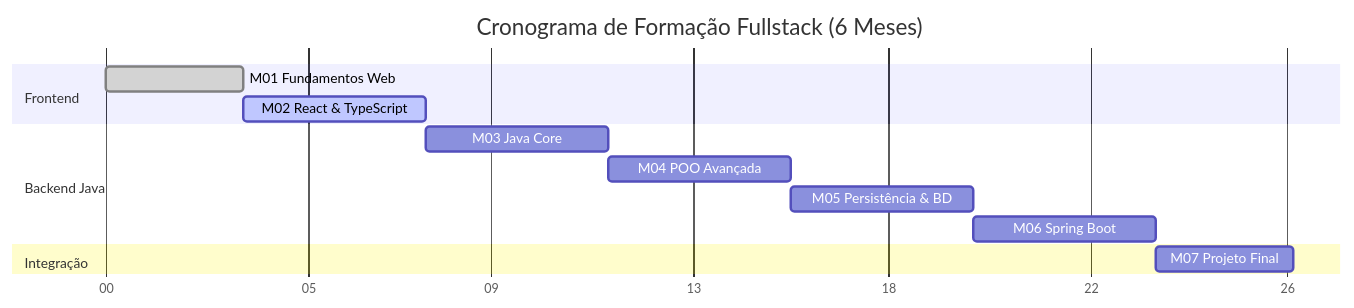
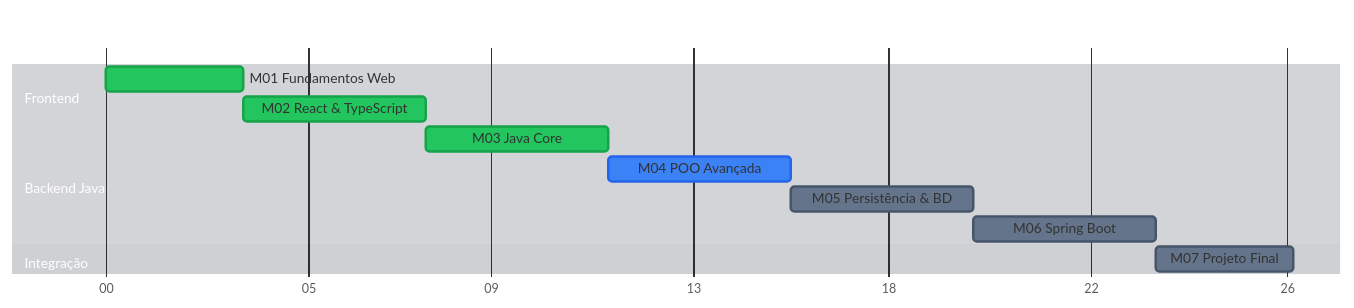
One commit to charlles-dev/3035-TEACH changed the second of 2 diagrams in README.md. Above: the diagram before and after it, drawn with Mermaid. The commit also changed other lines of this file and 26 other files, not shown here.

````diff
--- a/README.md
+++ b/README.md
@@ -84,19 +120,41 @@
 ```mermaid
+%%{init: { 
+  'theme': 'base', 
+  'themeVariables': { 
+    'doneTaskBkgColor': '#22c55e', 
+    'doneTaskBorderColor': '#16a34a',
+    'doneTaskTextColor': '#000000',
+    'activeTaskBkgColor': '#3b82f6',
+    'activeTaskBorderColor': '#2563eb',
+    'taskBkgColor': '#64748b',
+    'taskBorderColor': '#475569',
+    
+    'critBorderColor': '#ef4444',
+    'critBkgColor': '#f87171',
+    
+    'titleColor': '#ffffff',
+    'sectionBkgColor': '#1e293b',
+    'sectionBkgColor2': '#0f172a',
+    'altSectionBkgColor': '#1e293b',
+    'gridColor': '#334155',
+    'todayLineColor': '#eab308'
+  }
+}}%%
 gantt
     title Cronograma de Formação Fullstack (6 Meses)
     dateFormat  YYYY-MM-DD
     axisFormat  %W
     
     section Frontend
-    M01 Fundamentos Web       :done,    m1, 2023-01-01, 3w
-    M02 React & TypeScript    :active,  m2, after m1, 4w
+    M01 Fundamentos Web       :done,  m1, 2023-01-01, 3w
+    M02 React & TypeScript    :done,  m2, after m1, 4w
     
     section Backend Java
-    M03 Java Core             :         m3, after m2, 4w
-    M04 POO Avançada          :         m4, after m3, 4w
+    M03 Java Core             :done,    m3, after m2, 4w
+    M04 POO Avançada          :active,  m4, after m3, 4w
     M05 Persistência & BD     :         m5, after m4, 4w
     M06 Spring Boot           :         m6, after m5, 4w
     
     section Integração
     M07 Projeto Final         :         m7, after m6, 3w
 ```
````
